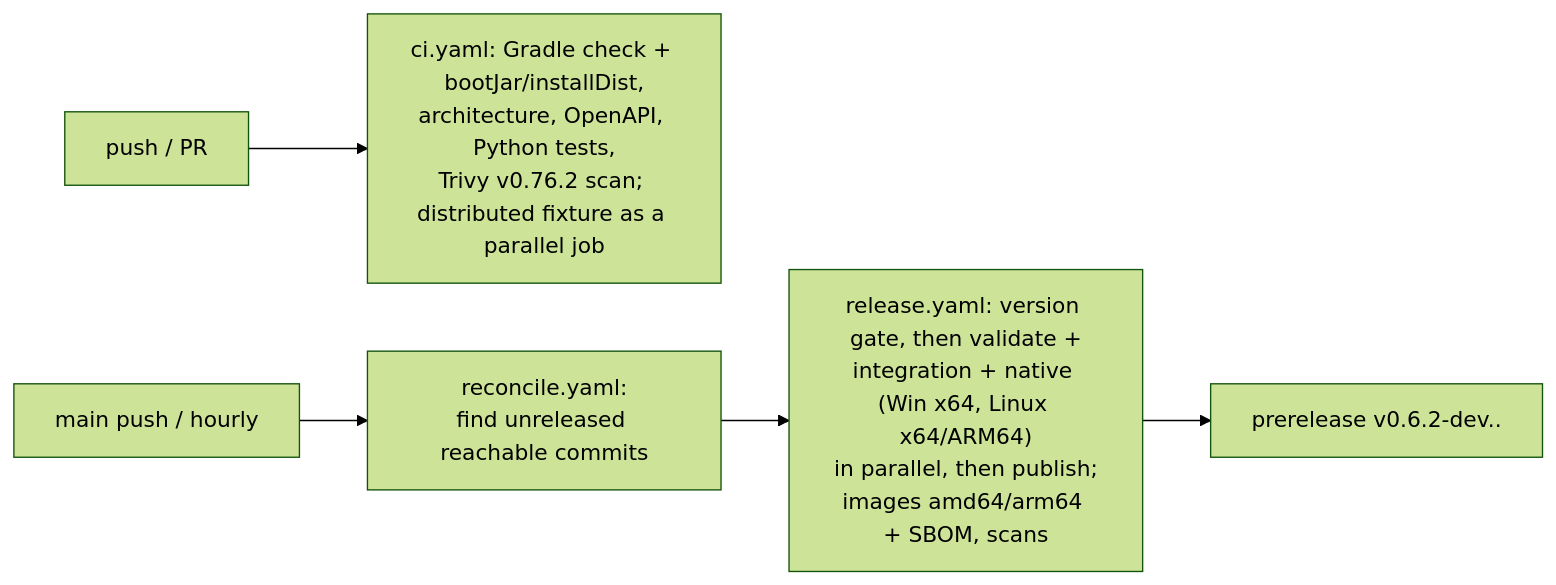
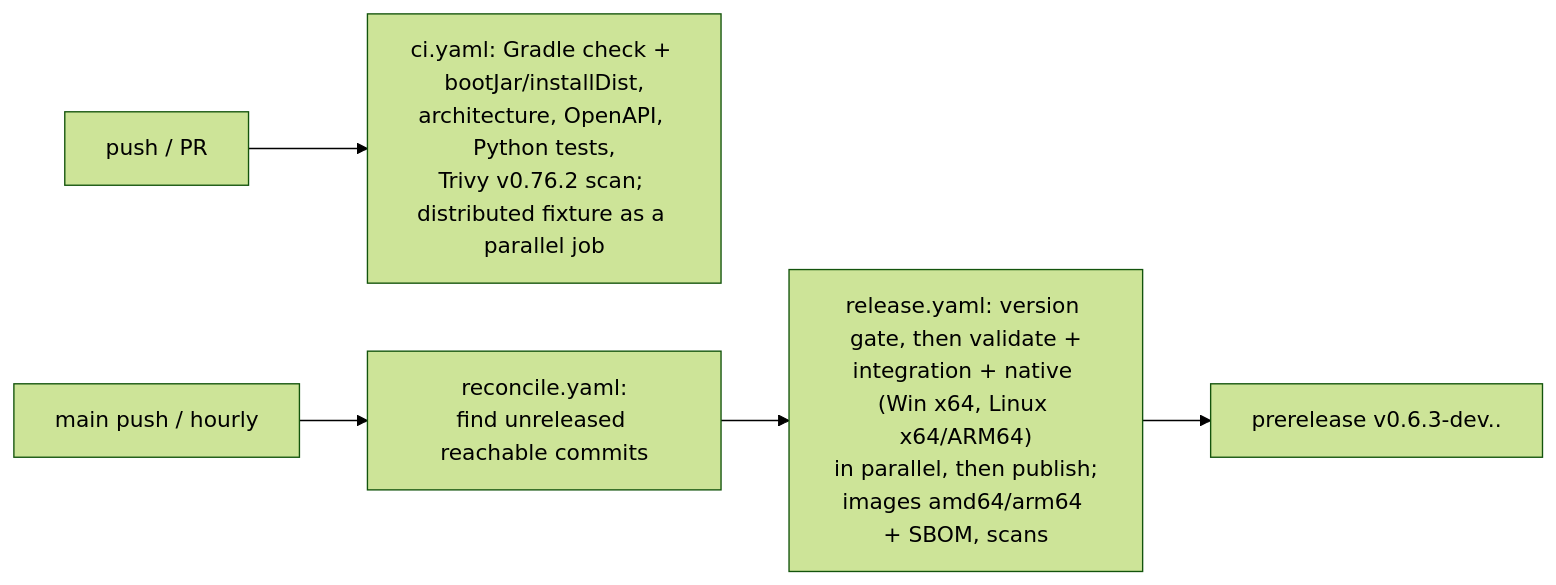
Before and after one commit to athegreat90/minecraft-modsync: diagram 12 of 12 in docs/GUIDE.md, drawn with Mermaid (forest theme). The commit also changed 19 other files, not shown here.

````diff
--- a/docs/GUIDE.md
+++ b/docs/GUIDE.md
@@ -384,7 +384,7 @@
 ```mermaid
 flowchart LR
   PR[push / PR] --> CI["ci.yaml: Gradle check + bootJar/installDist,\narchitecture, OpenAPI, Python tests,\nTrivy v0.76.2 scan; distributed fixture as a parallel job"]
   main[main push / hourly] --> REC["reconcile.yaml:\nfind unreleased reachable commits"]
   REC --> REL["release.yaml: version gate, then validate +\nintegration + native (Win x64, Linux x64/ARM64)\nin parallel, then publish;\nimages amd64/arm64 + SBOM, scans"]
-  REL --> PRE["prerelease v0.6.2-dev.<time>.<sha>"]
+  REL --> PRE["prerelease v0.6.3-dev.<time>.<sha>"]
 ```
````
